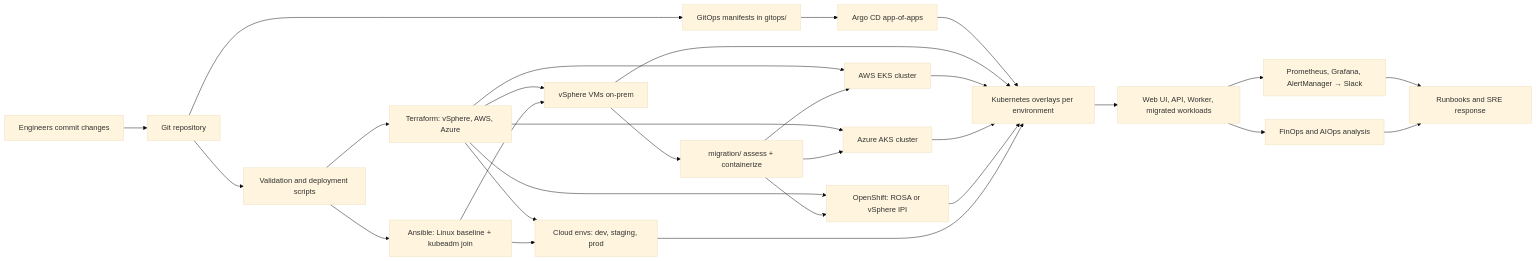
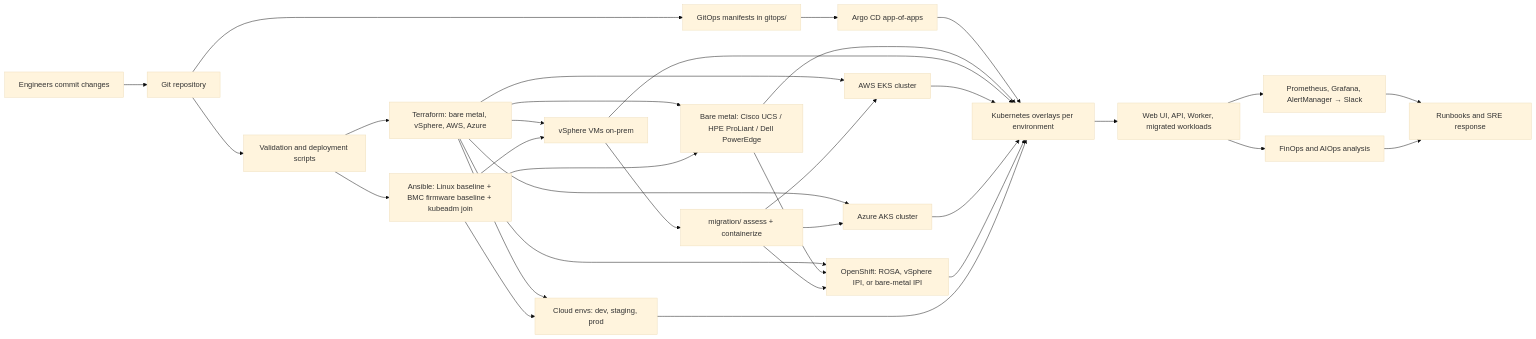
Before and after one commit to Here2ServeU/nawex-hybrid-devops-platform: the diagram in README.md, drawn with Mermaid (base theme). The commit also changed other lines of this file and 9 other files, not shown here.

First line of the commit message:
Add OpenShift on bare-metal target (Cisco UCS, HPE ProLiant, Dell PowerEdge)

````diff
--- a/README.md
+++ b/README.md
@@ -24,31 +36,35 @@
 ```mermaid
 flowchart LR
     Dev[Engineers commit changes] --> GH[Git repository]
     GH --> CI[Validation and deployment scripts]
-    CI --> TF[Terraform: vSphere, AWS, Azure]
-    CI --> ANS[Ansible: Linux baseline + kubeadm join]
+    CI --> TF[Terraform: bare metal, vSphere, AWS, Azure]
+    CI --> ANS[Ansible: Linux baseline + BMC firmware baseline + kubeadm join]
     GH --> GO[GitOps manifests in gitops/]
     GO --> ARGO[Argo CD app-of-apps]
     ARGO --> K8S[Kubernetes overlays per environment]
+    TF --> BM[Bare metal: Cisco UCS / HPE ProLiant / Dell PowerEdge]
     TF --> VS[vSphere VMs on-prem]
     TF --> EKS[AWS EKS cluster]
     TF --> AKS[Azure AKS cluster]
-    TF --> OCP[OpenShift: ROSA or vSphere IPI]
+    TF --> OCP[OpenShift: ROSA, vSphere IPI, or bare-metal IPI]
     TF --> CLOUD[Cloud envs: dev, staging, prod]
+    ANS --> BM
     ANS --> VS
     ANS --> CLOUD
+    BM --> OCP
+    BM --> K8S
     VS --> K8S
     EKS --> K8S
     AKS --> K8S
     OCP --> K8S
     CLOUD --> K8S
     VS --> MIG[migration/ assess + containerize]
     MIG --> EKS
     MIG --> AKS
     MIG --> OCP
     K8S --> APPS[Web UI, API, Worker, migrated workloads]
     APPS --> OBS[Prometheus, Grafana, AlertManager → Slack]
     OBS --> OPS[Runbooks and SRE response]
     APPS --> FIN[FinOps and AIOps analysis]
     FIN --> OPS
 ```
````
